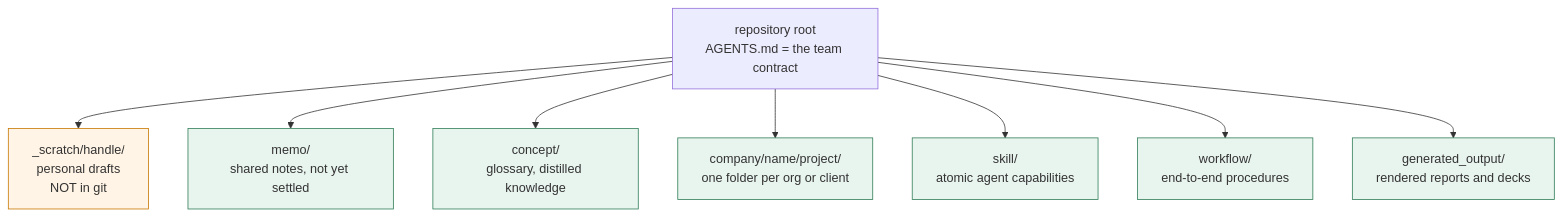
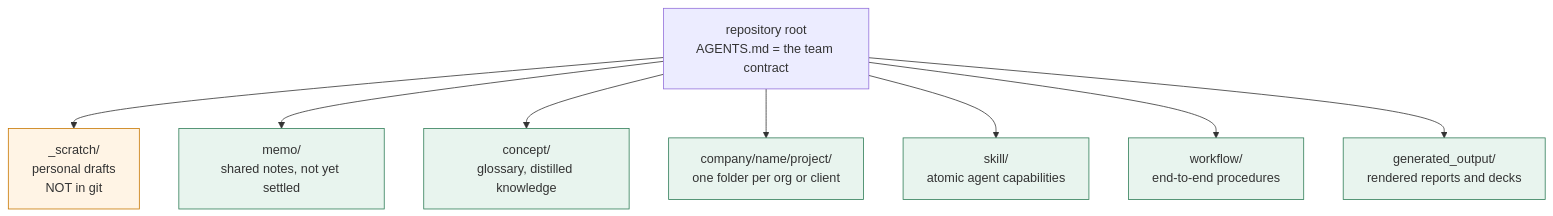
The second of 5 diagrams in README.md (inotives/inotives-knowledge-share), drawn with Mermaid before and after one commit. The commit also changed other lines of this file and 16 other files, not shown here.

````diff
--- a/README.md
+++ b/README.md
@@ -58,16 +58,16 @@
 ```mermaid
 flowchart TD
     ROOT["repository root<br/>AGENTS.md = the team contract"]
-    ROOT --> SC["_scratch/handle/<br/>personal drafts<br/>NOT in git"]
+    ROOT --> SC["_scratch/<br/>personal drafts<br/>NOT in git"]
     ROOT --> ME["memo/<br/>shared notes, not yet settled"]
     ROOT --> CO["concept/<br/>glossary, distilled knowledge"]
     ROOT --> CP["company/name/project/<br/>one folder per org or client"]
     ROOT --> SK["skill/<br/>atomic agent capabilities"]
     ROOT --> WF["workflow/<br/>end-to-end procedures"]
     ROOT --> GO["generated_output/<br/>rendered reports and decks"]
 
     classDef local fill:#fff4e5,stroke:#c77700,color:#333
     classDef curated fill:#e8f4ee,stroke:#2f7d57,color:#333
     class SC local
     class ME,CO,CP,SK,WF,GO curated
 ```
````
